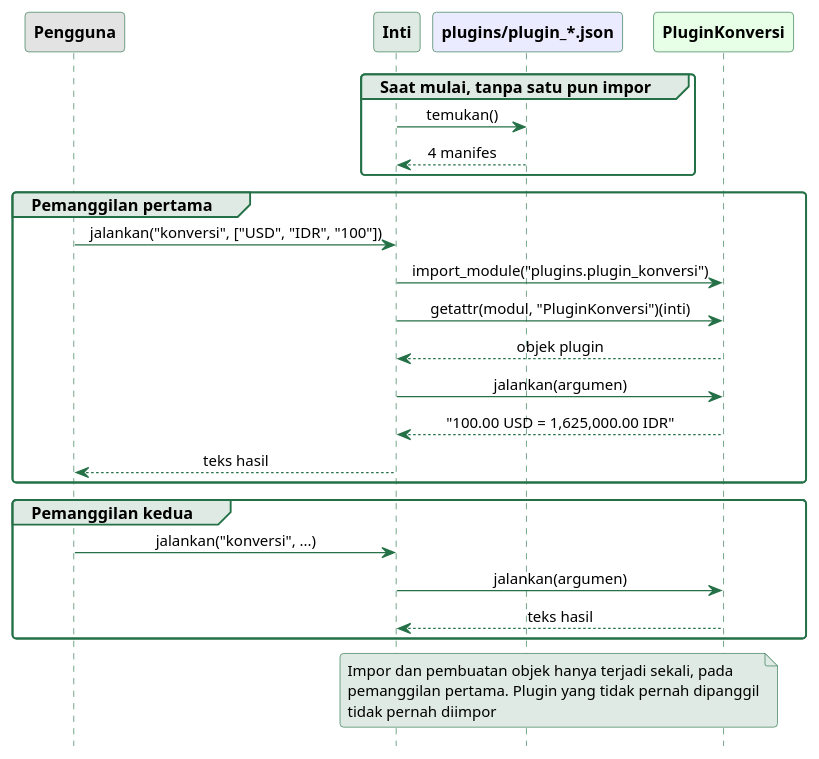
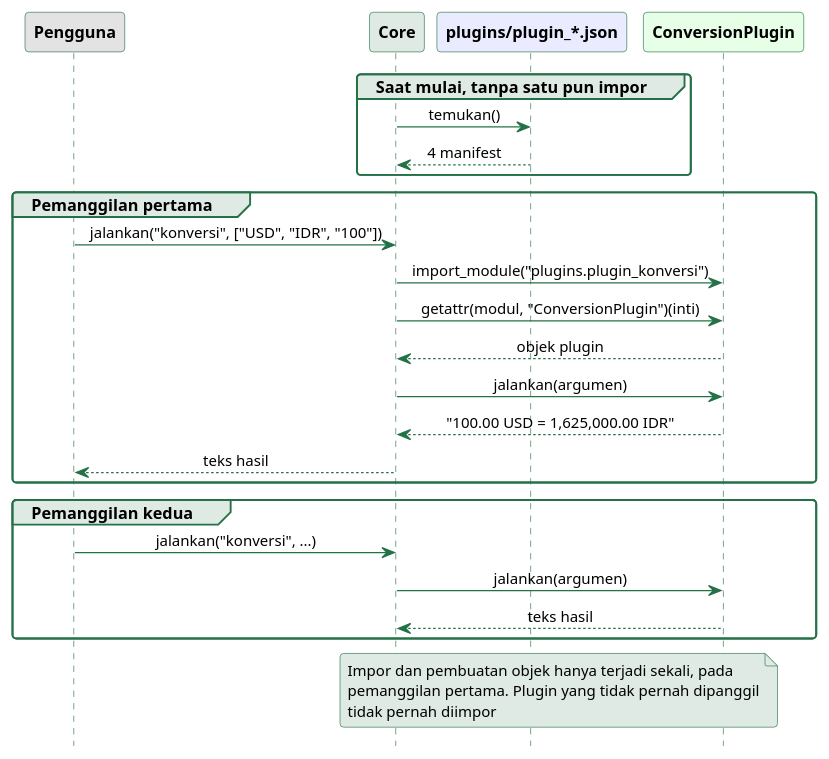
One commit to alfa-yohannis/software-architecture changed the diagram in sources/chapter05/diagram/sekuens-aktivasi.puml. Above: the diagram before and after it, drawn with PlantUML. The commit also changed other lines of this file and 23 other files, not shown here.

```diff
--- a/sources/chapter05/diagram/sekuens-aktivasi.puml
+++ b/sources/chapter05/diagram/sekuens-aktivasi.puml
@@ -11,58 +11,58 @@
 @startuml
 skinparam backgroundColor transparent
 skinparam defaultFontName Titillium Web
 skinparam defaultFontSize 13
 skinparam shadowing false
 skinparam roundCorner 6
 skinparam sequenceMessageAlignment center
 skinparam sequence {
   ArrowColor #257147
   ArrowFontSize 12
   LifeLineBorderColor #257147
   LifeLineBackgroundColor #DEEAE3
   ParticipantBorderColor #257147
   ParticipantFontColor black
   ParticipantFontSize 13
   ParticipantFontStyle bold
   GroupBackgroundColor #DEEAE3
   GroupBorderColor #257147
 }
 skinparam note {
   BackgroundColor #DEEAE3
   BorderColor #257147
   FontSize 12
 }
 hide footbox
 
 participant Pengguna as U #E3E3E3
-participant Inti as I #DEEAE3
+participant Core as I #DEEAE3
 participant "plugins/plugin_*.json" as M #EBEBFF
-participant PluginKonversi as P #E6FFE6
+participant ConversionPlugin as P #E6FFE6
 
 group Saat mulai, tanpa satu pun impor
   I -> M : temukan()
-  M --> I : 4 manifes
+  M --> I : 4 manifest
 end
 
 group Pemanggilan pertama
   U -> I : jalankan("konversi", ["USD", "IDR", "100"])
   I -> P : import_module("plugins.plugin_konversi")
-  I -> P : getattr(modul, "PluginKonversi")(inti)
+  I -> P : getattr(modul, "ConversionPlugin")(inti)
   P --> I : objek plugin
   I -> P : jalankan(argumen)
   P --> I : "100.00 USD = 1,625,000.00 IDR"
   I --> U : teks hasil
 end
 
 group Pemanggilan kedua
   U -> I : jalankan("konversi", ...)
   I -> P : jalankan(argumen)
   P --> I : teks hasil
 end
 
 note over I, P
   Impor dan pembuatan objek hanya terjadi sekali, pada
   pemanggilan pertama. Plugin yang tidak pernah dipanggil
   tidak pernah diimpor
 end note
 @enduml
```
